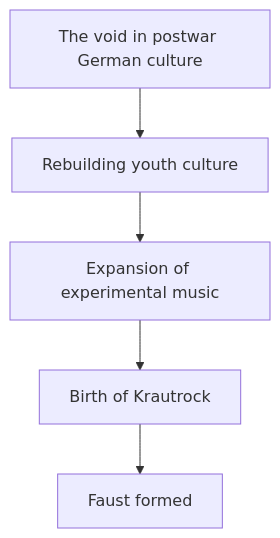
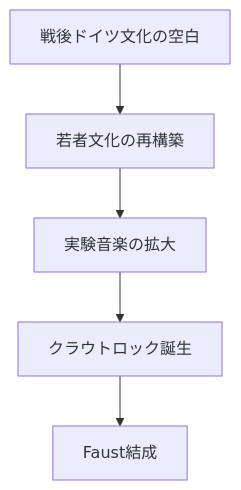
One commit to monumental-movement/monumental-movement.github.io changed the first of 6 diagrams in en/_posts/2026-05-24-column-faust.md. Above: the diagram before and after it, drawn with Mermaid. The commit also changed other lines of this file and 2196 other files, not shown here.

```diff
--- a/en/_posts/2026-05-24-column-faust.md
+++ b/en/_posts/2026-05-24-column-faust.md
@@ -55,7 +54,7 @@
 <div class="mermaid">
 graph TD
-A[The void in postwar German culture] --> B[Rebuilding youth culture]
-B --> C[Expansion of experimental music]
-C --> D[Birth of Krautrock]
-D --> E[Faust formed]
+A[戦後ドイツ文化の空白] --> B[若者文化の再構築]
+B --> C[実験音楽の拡大]
+C --> D[クラウトロック誕生]
+D --> E[Faust結成]
 </div>
```
